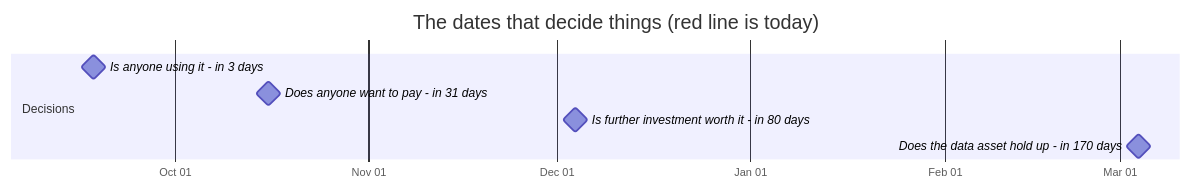
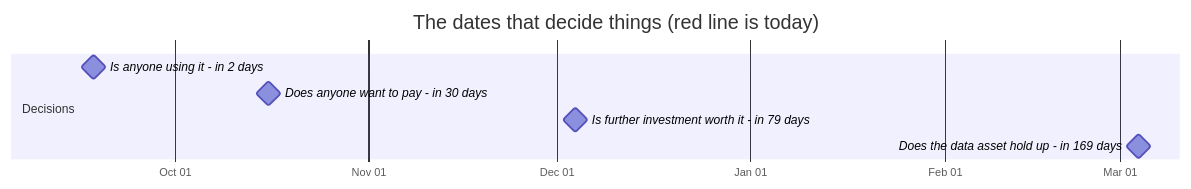
One commit to jakegu1/vetagent changed the first of 2 diagrams in docs/OWNER.md. Above: the diagram before and after it, drawn with Mermaid. The commit also changed other lines of this file and 2 other files, not shown here.

````diff
--- a/docs/OWNER.md
+++ b/docs/OWNER.md
@@ -91,12 +91,12 @@
 ```mermaid
 gantt
     dateFormat YYYY-MM-DD
     axisFormat %b %d
     todayMarker stroke-width:3px,stroke:#d33,stroke-dasharray:0
     title The dates that decide things (red line is today)
     section Decisions
-    Is anyone using it - in 3 days :milestone, 2026-09-18, 0d
-    Does anyone want to pay - in 31 days :milestone, 2026-10-16, 0d
-    Is further investment worth it - in 80 days :milestone, 2026-12-04, 0d
-    Does the data asset hold up - in 170 days :milestone, 2027-03-04, 0d
+    Is anyone using it - in 2 days :milestone, 2026-09-18, 0d
+    Does anyone want to pay - in 30 days :milestone, 2026-10-16, 0d
+    Is further investment worth it - in 79 days :milestone, 2026-12-04, 0d
+    Does the data asset hold up - in 169 days :milestone, 2027-03-04, 0d
 ```
````
